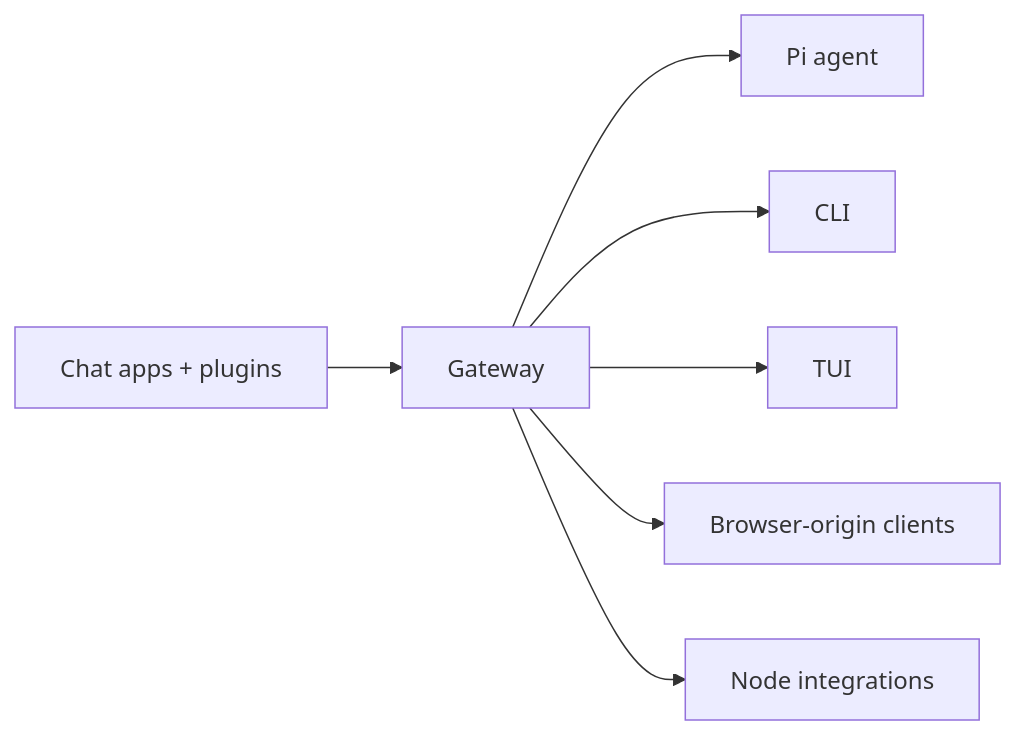
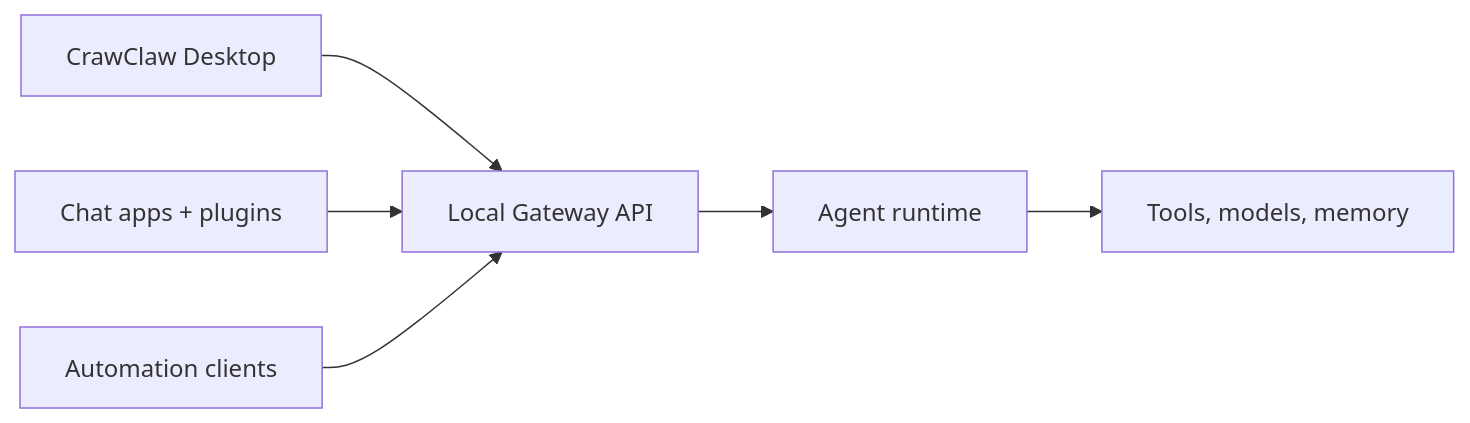
One commit to qianleigood/crawclaw changed the diagram in docs/zh-CN/index.md. Above: the diagram before and after it, drawn with Mermaid. The commit also changed other lines of this file and 230 other files, not shown here.

````diff
--- a/docs/zh-CN/index.md
+++ b/docs/zh-CN/index.md
@@ -55,9 +55,8 @@
 ```mermaid
 flowchart LR
-  A["Chat apps + plugins"] --> B["Gateway"]
-  B --> C["Pi agent"]
-  B --> D["CLI"]
-  B --> E["TUI"]
-  B --> F["Browser-origin clients"]
-  B --> G["Node integrations"]
+  A["CrawClaw Desktop"] --> B["Local Gateway API"]
+  C["Chat apps + plugins"] --> B
+  D["Automation clients"] --> B
+  B --> E["Agent runtime"]
+  E --> F["Tools, models, memory"]
 ```
````
